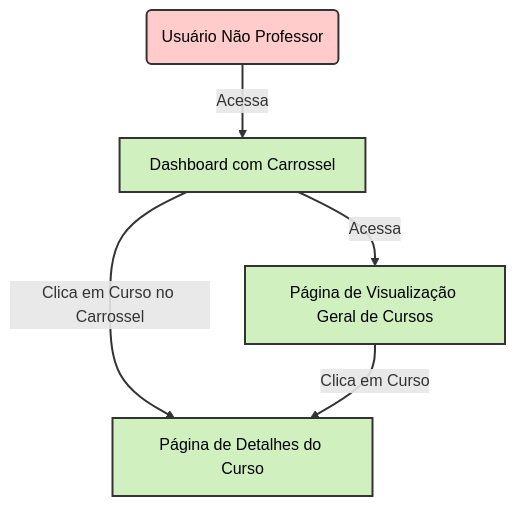
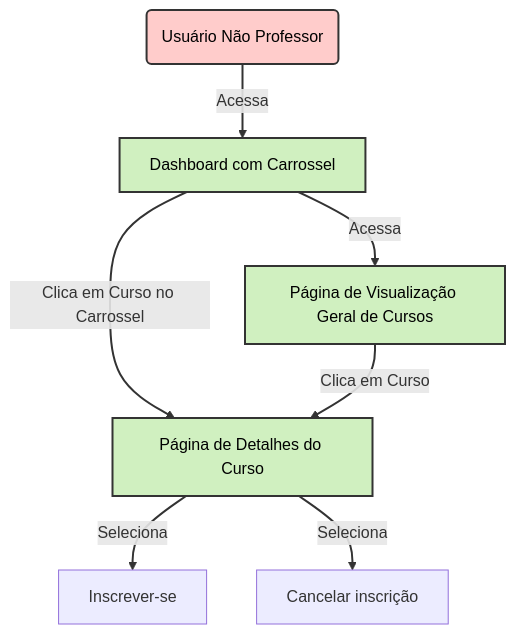
Before and after one commit to Paiva8859/PlataformaEAD: the fifth of 5 diagrams in README.md, drawn with Mermaid.

````diff
--- a/README.md
+++ b/README.md
@@ -125,28 +125,32 @@
 ```mermaid
 flowchart TD
     %% Definindo o Ator
     A1(Usuário Não Professor)
 
     %% Definindo as Páginas
     P1[Dashboard com Carrossel]
     P2[Página de Visualização Geral de Cursos]
     P3[Página de Detalhes do Curso]
+    P4[Inscrever-se]
+    P5[Cancelar inscrição]
 
     %% Definindo as Ações
     A1 -->|Acessa| P1
     P1 -->|Acessa| P2
 
     P1 -->|Clica em Curso no Carrossel| P3
     P2 -->|Clica em Curso| P3
+    P3 --> |Seleciona| P4
+    P3 --> |Seleciona| P5
 
     %% Estilizando o Ator
     classDef actor fill:#ffcccb,stroke:#333,stroke-width:2px,color:#000;
     class A1 actor;
 
     %% Estilizando as Páginas
     classDef page fill:#d0f0c0,stroke:#333,stroke-width:2px,color:#000;
     class P1,P2,P3 page;
 
     %% Estilizando as Conexões
     linkStyle default stroke:#333,stroke-width:2px;
 ```
````
